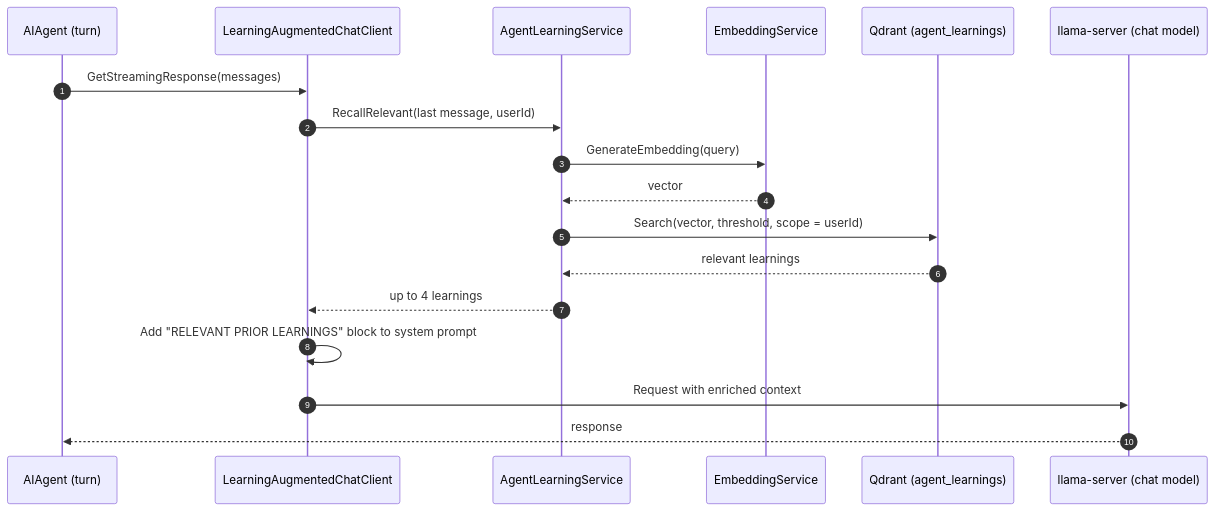
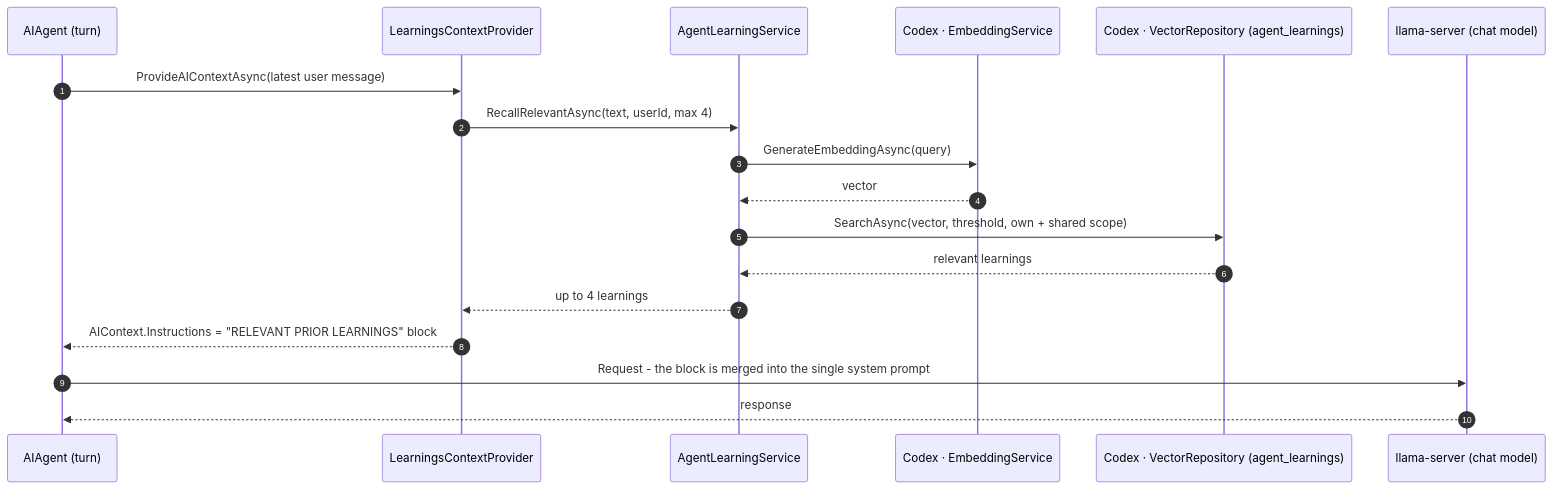
The diagram in docs/diagrams/rag-3-knowledge-recall.md (mihailshterev/sentium), drawn with Mermaid before and after one commit. The commit also changed 149 other files, not shown here.

````diff
--- a/docs/diagrams/rag-3-knowledge-recall.md
+++ b/docs/diagrams/rag-3-knowledge-recall.md
@@ -1,21 +1,21 @@
 ```mermaid
 sequenceDiagram
     autonumber
     participant AG as AIAgent (turn)
-    participant LA as LearningAugmentedChatClient
+    participant LP as LearningsContextProvider
     participant LS as AgentLearningService
-    participant EM as EmbeddingService
-    participant Q as Qdrant (agent_learnings)
+    participant EM as Codex · EmbeddingService
+    participant VR as Codex · VectorRepository (agent_learnings)
     participant LLM as llama-server (chat model)
 
-    AG->>LA: GetStreamingResponse(messages)
-    LA->>LS: RecallRelevant(last message, userId)
-    LS->>EM: GenerateEmbedding(query)
+    AG->>LP: ProvideAIContextAsync(latest user message)
+    LP->>LS: RecallRelevantAsync(text, userId, max 4)
+    LS->>EM: GenerateEmbeddingAsync(query)
     EM-->>LS: vector
-    LS->>Q: Search(vector, threshold, scope = userId)
-    Q-->>LS: relevant learnings
-    LS-->>LA: up to 4 learnings
-    LA->>LA: Add "RELEVANT PRIOR LEARNINGS" block to system prompt
-    LA->>LLM: Request with enriched context
+    LS->>VR: SearchAsync(vector, threshold, own + shared scope)
+    VR-->>LS: relevant learnings
+    LS-->>LP: up to 4 learnings
+    LP-->>AG: AIContext.Instructions = "RELEVANT PRIOR LEARNINGS" block
+    AG->>LLM: Request - the block is merged into the single system prompt
     LLM-->>AG: response
 ```
````
